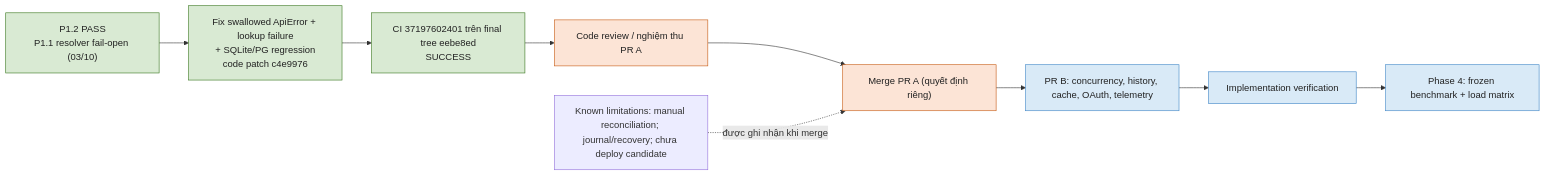
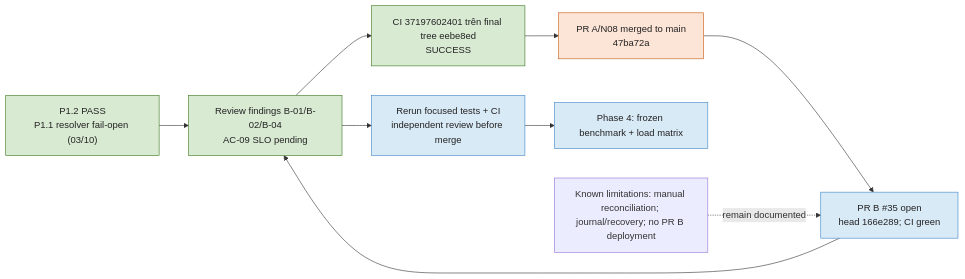
One commit to tuteemovaixlong/CSKH_ban_le changed the first of 2 diagrams in docs/PLAN_EXECUTION_HANDOFF_GPT6_ASTRA.md. Above: the diagram before and after it, drawn with Mermaid. The commit also changed other lines of this file and 13 other files, not shown here.

Commit message:
fix(module-2.5): resolve PR B review findings (B-01..B-04) - OAuth state binding, 502 error, telemetry null preservation, Waitress headroom test

````diff
--- a/docs/PLAN_EXECUTION_HANDOFF_GPT6_ASTRA.md
+++ b/docs/PLAN_EXECUTION_HANDOFF_GPT6_ASTRA.md
@@ -233,17 +232,18 @@
 ```mermaid
 flowchart LR
     N08["P1.2 PASS<br/>P1.1 resolver fail-open (03/10)"] --> Fix["Fix swallowed ApiError + lookup failure<br/>+ SQLite/PG regression<br/>code patch c4e9976"]
     Fix --> SHA["CI 37197602401 trên final tree eebe8ed<br/>SUCCESS"]
-    SHA --> Review["Code review / nghiệm thu PR A"]
-    Review --> Merge["Merge PR A (quyết định riêng)"]
-    Merge --> PRB["PR B: concurrency, history, cache, OAuth, telemetry"]
-    PRB --> Verify["Implementation verification"]
+    SHA --> Merge["PR A/N08 merged to main<br/>47ba72a"]
+
+    Merge --> PRB["PR B #35 open<br/>head 166e289; CI green"]
+    PRB --> Fix["Review findings B-01/B-02/B-04<br/>AC-09 SLO pending"]
+    Fix --> Verify["Rerun focused tests + CI<br/>independent review before merge"]
     Verify --> Phase4["Phase 4: frozen benchmark + load matrix"]
-    Limit["Known limitations: manual reconciliation; journal/recovery; chưa deploy candidate"] -. "được ghi nhận khi merge" .-> Merge
+    Limit["Known limitations: manual reconciliation; journal/recovery; no PR B deployment"] -. "remain documented" .-> PRB
     classDef done fill:#d9ead3,stroke:#38761d,color:#222
     classDef pending fill:#fce4d6,stroke:#c65911,color:#222
     classDef next fill:#d9eaf7,stroke:#3d85c6,color:#222
     class N08,Fix,SHA done
     class Review,Merge pending
     class PRB,Verify,Phase4 next
 ```
````
